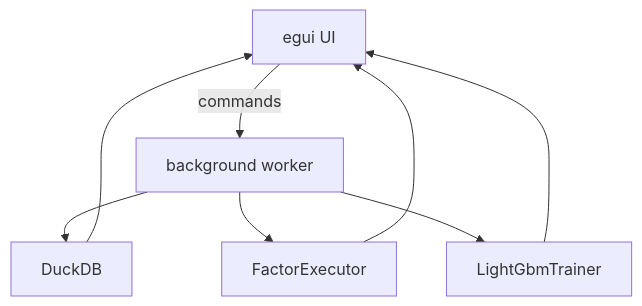
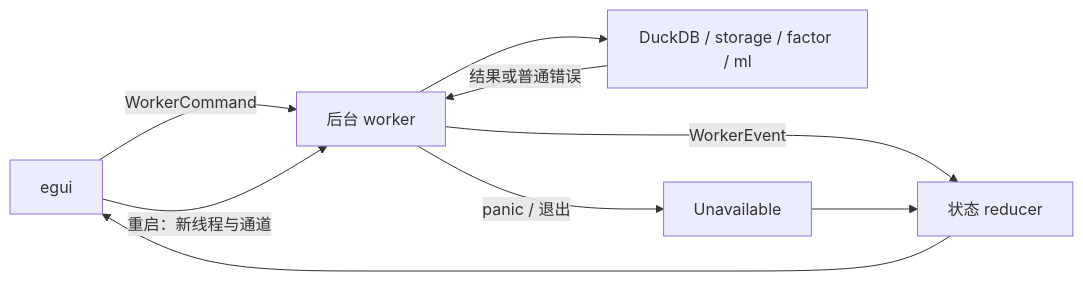
The diagram in crates/app/README.md (Dennishaha/JFQuant), drawn with Mermaid before and after one commit. The commit also changed other lines of this file and 32 other files, not shown here.

````diff
--- a/crates/app/README.md
+++ b/crates/app/README.md
@@ -5,10 +77,11 @@
 ```mermaid
-flowchart TB
-  UI[egui UI] -->|commands| W[background worker]
-  W --> Q[DuckDB]
-  W --> F[FactorExecutor]
-  W --> L[LightGbmTrainer]
-  Q --> UI
-  F --> UI
-  L --> UI
+flowchart LR
+    UI[egui] -->|WorkerCommand| W[后台 worker]
+    W --> N[DuckDB / storage / factor / ml]
+    N -->|结果或普通错误| W
+    W -->|WorkerEvent| R[状态 reducer]
+    R --> UI
+    W -->|panic / 退出| U[Unavailable]
+    U --> R
+    UI -->|重启：新线程与通道| W
 ```
````
